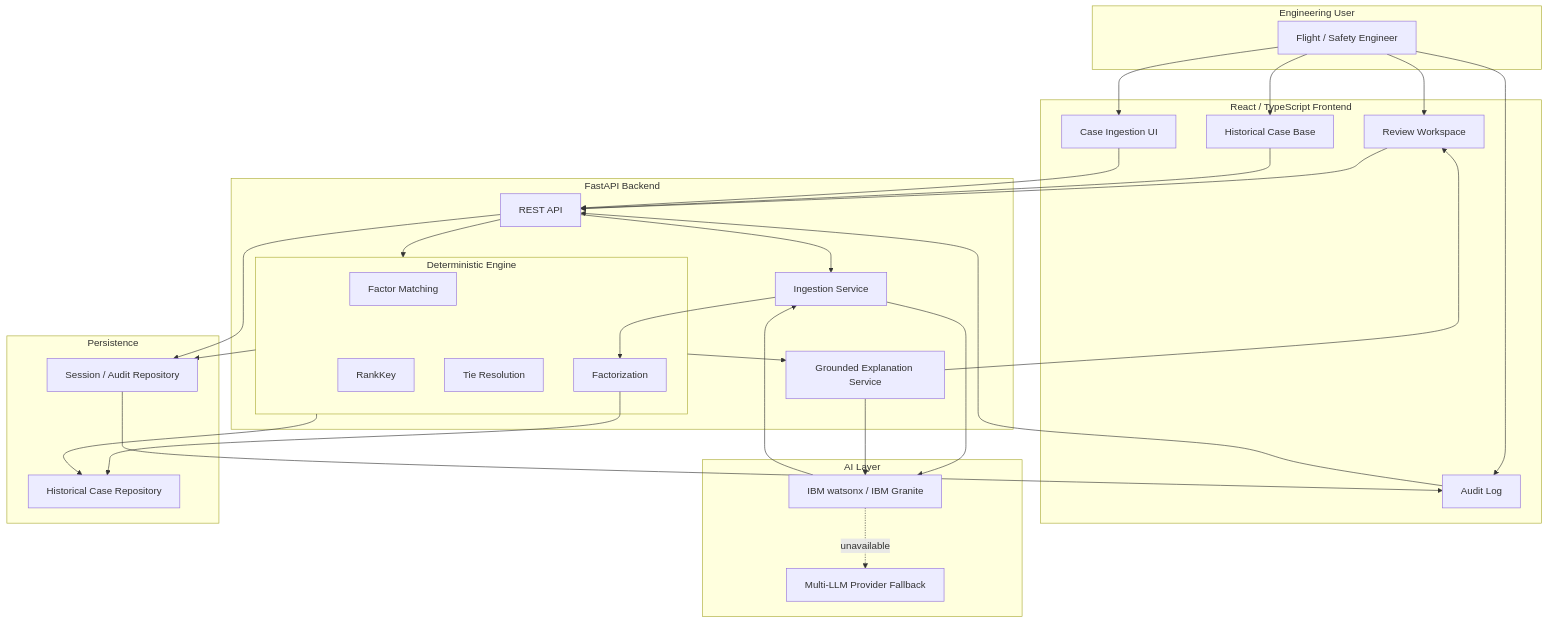
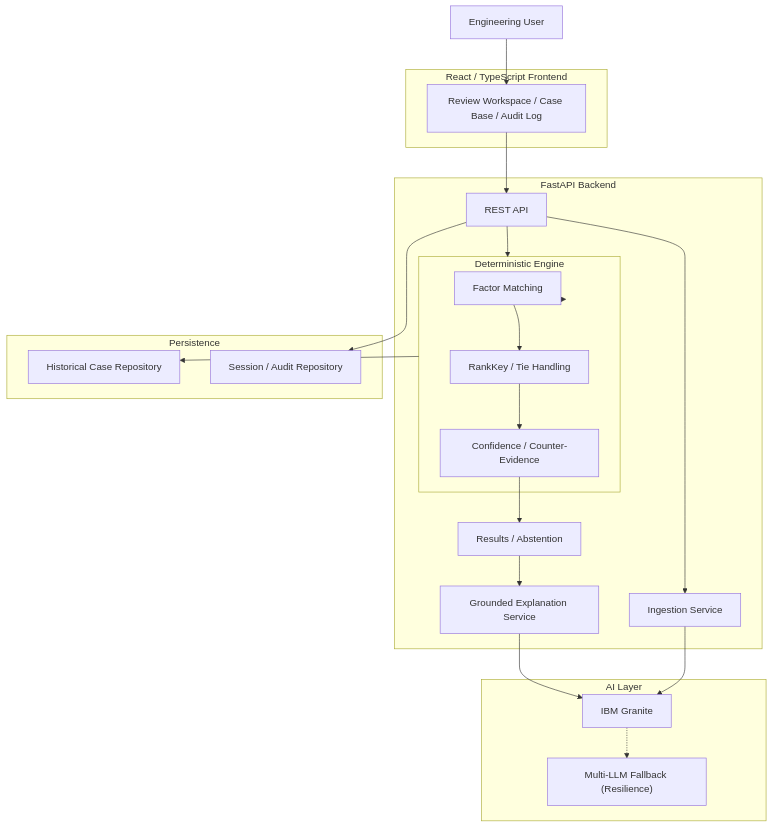
Before and after one commit to Nithin-Bhargav-07/PRECEDENT: the diagram in README.md, drawn with Mermaid. The commit also changed other lines of this file and 18 other files, not shown here.

Commit message:
Finalize audit trail and historical replay

````diff
--- a/README.md
+++ b/README.md
@@ -167,66 +139,51 @@
 ```mermaid
 flowchart TB
-
-    subgraph USER["Engineering User"]
-        ENG["Flight / Safety Engineer"]
-    end
+    ENG["Engineering User"]
 
     subgraph FRONTEND["React / TypeScript Frontend"]
-        REVIEW["Review Workspace"]
-        CASEBASE["Historical Case Base"]
-        AUDIT["Audit Log"]
-        INGEST["Case Ingestion UI"]
+        UI["Review Workspace / Case Base / Audit Log"]
     end
 
     subgraph BACKEND["FastAPI Backend"]
         API["REST API"]
         
         subgraph ENGINE["Deterministic Engine"]
-            FACT["Factorization"]
             MATCH["Factor Matching"]
-            RANK["RankKey"]
-            TIE["Tie Resolution"]
+            RANK["RankKey / Tie Handling"]
+            CONF["Confidence / Counter-Evidence"]
         end
         
+        RESULTS["Results / Abstention"]
         INGESTION["Ingestion Service"]
         EXPLAIN["Grounded Explanation Service"]
     end
 
     subgraph AI["AI Layer"]
-        GRANITE["IBM watsonx / IBM Granite"]
-        FALLBACK["Multi-LLM Provider Fallback"]
-        GRANITE -. "unavailable" .-> FALLBACK
+        GRANITE["IBM Granite"]
+        FALLBACK["Multi-LLM Fallback (Resilience)"]
+        GRANITE -.-> FALLBACK
     end
 
     subgraph STORAGE["Persistence"]
         CASES["Historical Case Repository"]
         SESSIONS["Session / Audit Repository"]
     end
 
-    ENG --> REVIEW
-    ENG --> CASEBASE
-    ENG --> INGEST
-    ENG --> AUDIT
-
-    REVIEW --> API
-    CASEBASE --> API
-    INGEST --> API
-    AUDIT --> API
-
+    ENG --> UI
+    UI --> API
     API --> ENGINE
     API --> INGESTION
+    
+    INGESTION --> GRANITE
+    
+    ENGINE --> MATCH
+    MATCH --> RANK
+    RANK --> CONF
+    CONF --> RESULTS
+    
+    RESULTS --> EXPLAIN
+    EXPLAIN --> GRANITE
+    
+    ENGINE --> CASES
     API --> SESSIONS
-
-    INGESTION --> GRANITE
-    GRANITE --> INGESTION
-    INGESTION --> FACT
-    FACT --> CASES
-
-    ENGINE --> CASES
-    ENGINE --> EXPLAIN
-    EXPLAIN --> GRANITE
-    EXPLAIN --> REVIEW
-
-    ENGINE --> SESSIONS
-    SESSIONS --> AUDIT
 ```
````
